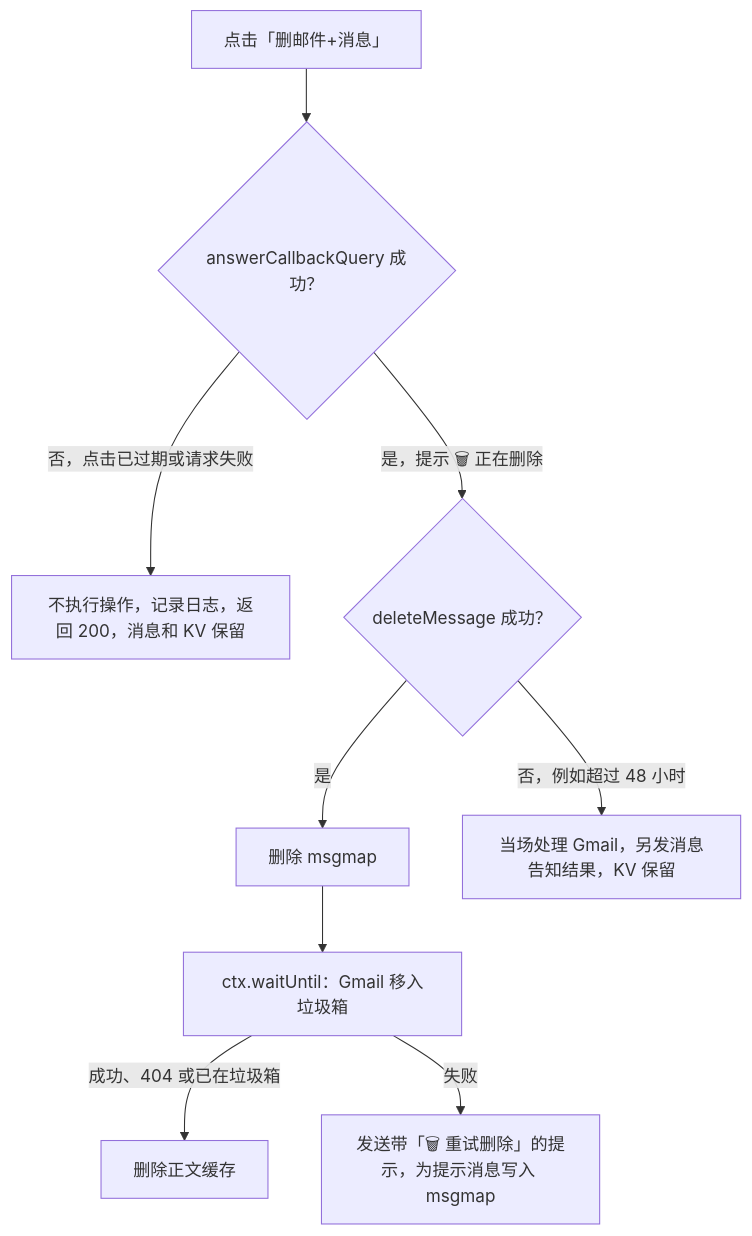
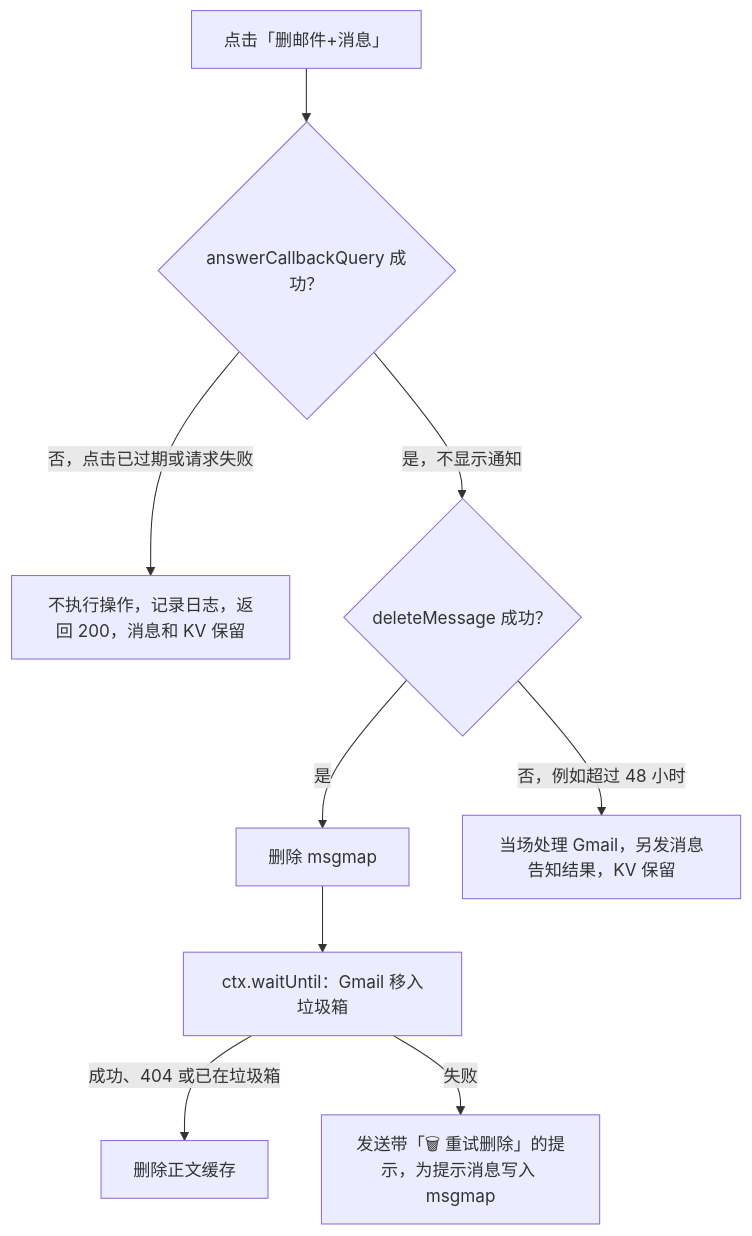
One commit to lainbo/synopsis changed the fourth of 4 diagrams in docs/ai-maintenance/architecture.md. Above: the diagram before and after it, drawn with Mermaid. The commit also changed 3 other files, not shown here.

````diff
--- a/docs/ai-maintenance/architecture.md
+++ b/docs/ai-maintenance/architecture.md
@@ -135,11 +135,11 @@
 ```mermaid
 flowchart TD
   A["点击「删邮件+消息」"] --> H{"answerCallbackQuery 成功？"}
   H -- "否，点击已过期或请求失败" --> I["不执行操作，记录日志，返回 200，消息和 KV 保留"]
-  H -- "是，提示 🗑 正在删除" --> B{"deleteMessage 成功？"}
+  H -- "是，不显示通知" --> B{"deleteMessage 成功？"}
   B -- "是" --> C["删除 msgmap"]
   C --> D["ctx.waitUntil：Gmail 移入垃圾箱"]
   D -- "成功、404 或已在垃圾箱" --> E["删除正文缓存"]
   D -- "失败" --> F["发送带「🗑 重试删除」的提示，为提示消息写入 msgmap"]
   B -- "否，例如超过 48 小时" --> G["当场处理 Gmail，另发消息告知结果，KV 保留"]
 ```
````
